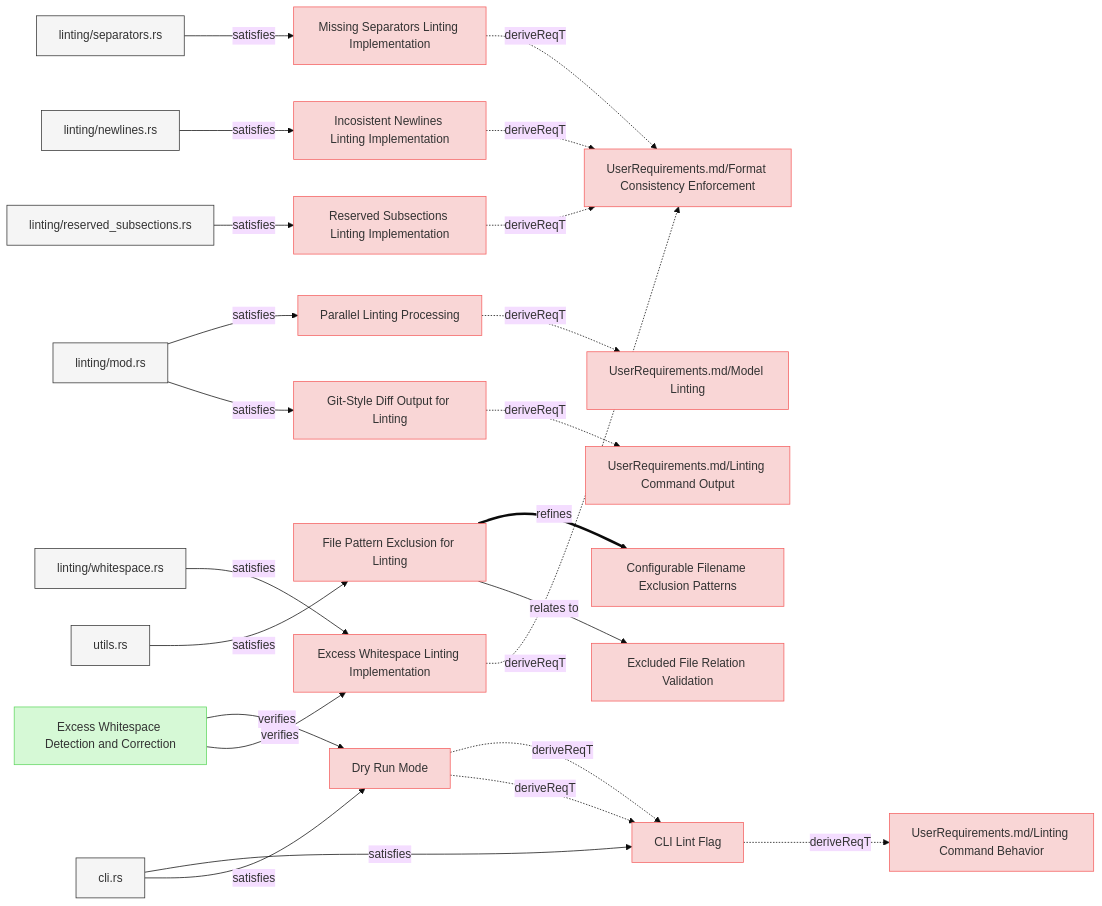
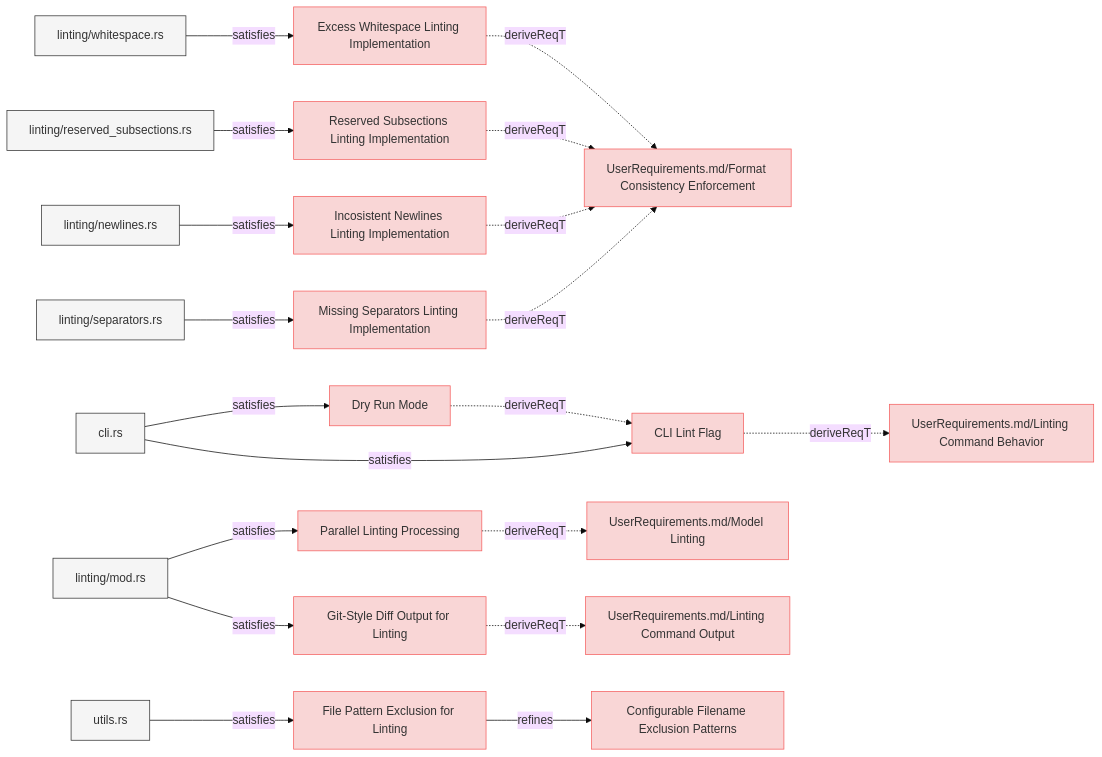
Before and after one commit to reqvire-org/reqvire: the first of 8 diagrams in specifications/SystemRequirements/Requirements.md, drawn with Mermaid (base theme). The commit also changed other lines of this file and 65 other files, not shown here.

Commit message:
Diagram generation bug fix: there were opposite relations included.

````diff
--- a/specifications/SystemRequirements/Requirements.md
+++ b/specifications/SystemRequirements/Requirements.md
@@ -9,95 +9,85 @@
   classDef externalLink fill:#d0e0ff,stroke:#3080ff,stroke-width:1px;
   classDef default fill:#f5f5f5,stroke:#333333,stroke-width:1px;
 
-  66aa36deca["Parallel Linting Processing"];
-  click 66aa36deca "Requirements.md#parallel-linting-processing";
-  class 66aa36deca requirement;
-  103ddb8dc3["UserRequirements.md/Model Linting"];
-  class 103ddb8dc3 requirement;
-  click 103ddb8dc3 "../UserRequirements.md#model-linting";
-  66aa36deca -.->|deriveReqT| 103ddb8dc3;
-  8b47697e4e["linting/mod.rs"];
-  class 8b47697e4e default;
-  click 8b47697e4e "../../core/src/linting/mod.rs";
-  8b47697e4e -->|satisfies| 66aa36deca;
-  dd0846393d["Missing Separators Linting Implementation"];
-  click dd0846393d "Requirements.md#missing-separators-linting-implementation";
-  class dd0846393d requirement;
-  81758bdb22["UserRequirements.md/Format Consistency Enforcement"];
-  class 81758bdb22 requirement;
-  click 81758bdb22 "../UserRequirements.md#format-consistency-enforcement";
-  dd0846393d -.->|deriveReqT| 81758bdb22;
-  9abe404e42["linting/separators.rs"];
-  class 9abe404e42 default;
-  click 9abe404e42 "../../core/src/linting/separators.rs";
-  9abe404e42 -->|satisfies| dd0846393d;
-  f98ae394db["Incosistent Newlines Linting Implementation"];
-  click f98ae394db "Requirements.md#incosistent-newlines-linting-implementation";
-  class f98ae394db requirement;
-  f98ae394db -.->|deriveReqT| 81758bdb22;
-  b52472a7cc["linting/newlines.rs"];
-  class b52472a7cc default;
-  click b52472a7cc "../../core/src/linting/newlines.rs";
-  b52472a7cc -->|satisfies| f98ae394db;
-  45770e9b31["File Pattern Exclusion for Linting"];
-  click 45770e9b31 "Requirements.md#file-pattern-exclusion-for-linting";
-  class 45770e9b31 requirement;
-  cc8128cae3["Configurable Filename Exclusion Patterns"];
-  class cc8128cae3 requirement;
-  click cc8128cae3 "Requirements.md#configurable-filename-exclusion-patterns";
-  45770e9b31 ==>|refines| cc8128cae3;
-  3189923c3f["utils.rs"];
-  class 3189923c3f default;
-  click 3189923c3f "../../core/src/utils.rs";
-  3189923c3f -->|satisfies| 45770e9b31;
-  c5c85bedd1["Excluded File Relation Validation"];
-  class c5c85bedd1 requirement;
-  click c5c85bedd1 "Requirements.md#excluded-file-relation-validation";
-  45770e9b31 -->|relates to| c5c85bedd1;
-  63f1cd4974["Git-Style Diff Output for Linting"];
-  click 63f1cd4974 "Requirements.md#git-style-diff-output-for-linting";
-  class 63f1cd4974 requirement;
-  808b1863c8["UserRequirements.md/Linting Command Output"];
-  class 808b1863c8 requirement;
-  click 808b1863c8 "../UserRequirements.md#linting-command-output";
-  63f1cd4974 -.->|deriveReqT| 808b1863c8;
-  8b47697e4e -->|satisfies| 63f1cd4974;
-  fffbb22796["CLI Lint Flag"];
-  click fffbb22796 "Requirements.md#cli-lint-flag";
-  class fffbb22796 requirement;
-  887a7d36ca["UserRequirements.md/Linting Command Behavior"];
-  class 887a7d36ca requirement;
-  click 887a7d36ca "../UserRequirements.md#linting-command";
-  fffbb22796 -.->|deriveReqT| 887a7d36ca;
-  11ffc4632a["cli.rs"];
-  class 11ffc4632a default;
-  click 11ffc4632a "../../cli/src/cli.rs";
-  11ffc4632a -->|satisfies| fffbb22796;
-  8f2198f681["Dry Run Mode"];
-  class 8f2198f681 requirement;
-  click 8f2198f681 "Requirements.md#dry-run-mode";
-  8f2198f681 -.->|deriveReqT| fffbb22796;
-  193cd64638["Reserved Subsections Linting Implementation"];
-  click 193cd64638 "Requirements.md#reserved-subsections-linting-implementation";
-  class 193cd64638 requirement;
-  193cd64638 -.->|deriveReqT| 81758bdb22;
-  3aaafb0eaf["linting/reserved_subsections.rs"];
-  class 3aaafb0eaf default;
-  click 3aaafb0eaf "../../core/src/linting/indentation.rs";
-  3aaafb0eaf -->|satisfies| 193cd64638;
-  8f2198f681 -.->|deriveReqT| fffbb22796;
-  11ffc4632a -->|satisfies| 8f2198f681;
-  4cd0fe733f["Excess Whitespace Detection and Correction"];
-  class 4cd0fe733f verification;
-  click 4cd0fe733f "../Verifications/LintingTests.md#excess-whitespace-detection-and-correction";
-  4cd0fe733f -->|verifies| 8f2198f681;
-  3f3d3f9ccb["Excess Whitespace Linting Implementation"];
-  click 3f3d3f9ccb "Requirements.md#excess-whitespace-linting-implementation";
-  class 3f3d3f9ccb requirement;
-  3f3d3f9ccb -.->|deriveReqT| 81758bdb22;
-  bb06efd0b8["linting/whitespace.rs"];
-  class bb06efd0b8 default;
-  click bb06efd0b8 "../../core/src/linting/whitespace.rs";
-  bb06efd0b8 -->|satisfies| 3f3d3f9ccb;
-  4cd0fe733f -->|verifies| 3f3d3f9ccb;
+  3f3d3f9ccb15029a["Excess Whitespace Linting Implementation"];
+  click 3f3d3f9ccb15029a "Requirements.md#excess-whitespace-linting-implementation";
+  class 3f3d3f9ccb15029a requirement;
+  81758bdb22a3329d["UserRequirements.md/Format Consistency Enforcement"];
+  class 81758bdb22a3329d requirement;
+  click 81758bdb22a3329d "../UserRequirements.md#format-consistency-enforcement";
+  3f3d3f9ccb15029a -.->|deriveReqT| 81758bdb22a3329d;
+  bb06efd0b85636ec["linting/whitespace.rs"];
+  class bb06efd0b85636ec default;
+  click bb06efd0b85636ec "../../core/src/linting/whitespace.rs";
+  bb06efd0b85636ec -->|satisfies| 3f3d3f9ccb15029a;
+  8f2198f681f63fea["Dry Run Mode"];
+  click 8f2198f681f63fea "Requirements.md#dry-run-mode";
+  class 8f2198f681f63fea requirement;
+  fffbb227966be4f2["CLI Lint Flag"];
+  class fffbb227966be4f2 requirement;
+  click fffbb227966be4f2 "Requirements.md#cli-lint-flag";
+  8f2198f681f63fea -.->|deriveReqT| fffbb227966be4f2;
+  11ffc4632afd7c4c["cli.rs"];
+  class 11ffc4632afd7c4c default;
+  click 11ffc4632afd7c4c "../../cli/src/cli.rs";
+  11ffc4632afd7c4c -->|satisfies| 8f2198f681f63fea;
+  66aa36deca421516["Parallel Linting Processing"];
+  click 66aa36deca421516 "Requirements.md#parallel-linting-processing";
+  class 66aa36deca421516 requirement;
+  103ddb8dc3242215["UserRequirements.md/Model Linting"];
+  class 103ddb8dc3242215 requirement;
+  click 103ddb8dc3242215 "../UserRequirements.md#model-linting";
+  66aa36deca421516 -.->|deriveReqT| 103ddb8dc3242215;
+  8b47697e4e9fce62["linting/mod.rs"];
+  class 8b47697e4e9fce62 default;
+  click 8b47697e4e9fce62 "../../core/src/linting/mod.rs";
+  8b47697e4e9fce62 -->|satisfies| 66aa36deca421516;
+  887a7d36caacab2b["UserRequirements.md/Linting Command Behavior"];
+  class 887a7d36caacab2b requirement;
+  click 887a7d36caacab2b "../UserRequirements.md#linting-command";
+  fffbb227966be4f2 -.->|deriveReqT| 887a7d36caacab2b;
+  11ffc4632afd7c4c -->|satisfies| fffbb227966be4f2;
+  193cd6463891423e["Reserved Subsections Linting Implementation"];
+  click 193cd6463891423e "Requirements.md#reserved-subsections-linting-implementation";
+  class 193cd6463891423e requirement;
+  193cd6463891423e -.->|deriveReqT| 81758bdb22a3329d;
+  3aaafb0eaf60961c["linting/reserved_subsections.rs"];
+  class 3aaafb0eaf60961c default;
+  click 3aaafb0eaf60961c "../../core/src/linting/indentation.rs";
+  3aaafb0eaf60961c -->|satisfies| 193cd6463891423e;
+  45770e9b319d3819["File Pattern Exclusion for Linting"];
+  click 45770e9b319d3819 "Requirements.md#file-pattern-exclusion-for-linting";
+  class 45770e9b319d3819 requirement;
+  cc8128cae305b29d["Configurable Filename Exclusion Patterns"];
+  class cc8128cae305b29d requirement;
+  click cc8128cae305b29d "Requirements.md#configurable-filename-exclusion-patterns";
+  45770e9b319d3819 -->|refines| cc8128cae305b29d;
+  3189923c3f5e2124["utils.rs"];
+  class 3189923c3f5e2124 default;
+  click 3189923c3f5e2124 "../../core/src/utils.rs";
+  3189923c3f5e2124 -->|satisfies| 45770e9b319d3819;
+  f98ae394dbbde42c["Incosistent Newlines Linting Implementation"];
+  click f98ae394dbbde42c "Requirements.md#incosistent-newlines-linting-implementation";
+  class f98ae394dbbde42c requirement;
+  f98ae394dbbde42c -.->|deriveReqT| 81758bdb22a3329d;
+  b52472a7ccc9c395["linting/newlines.rs"];
+  class b52472a7ccc9c395 default;
+  click b52472a7ccc9c395 "../../core/src/linting/newlines.rs";
+  b52472a7ccc9c395 -->|satisfies| f98ae394dbbde42c;
+  63f1cd4974cbf62["Git-Style Diff Output for Linting"];
+  click 63f1cd4974cbf62 "Requirements.md#git-style-diff-output-for-linting";
+  class 63f1cd4974cbf62 requirement;
+  808b1863c88b26c4["UserRequirements.md/Linting Command Output"];
+  class 808b1863c88b26c4 requirement;
+  click 808b1863c88b26c4 "../UserRequirements.md#linting-command-output";
+  63f1cd4974cbf62 -.->|deriveReqT| 808b1863c88b26c4;
+  8b47697e4e9fce62 -->|satisfies| 63f1cd4974cbf62;
+  dd0846393d037337["Missing Separators Linting Implementation"];
+  click dd0846393d037337 "Requirements.md#missing-separators-linting-implementation";
+  class dd0846393d037337 requirement;
+  dd0846393d037337 -.->|deriveReqT| 81758bdb22a3329d;
+  9abe404e42ed3086["linting/separators.rs"];
+  class 9abe404e42ed3086 default;
+  click 9abe404e42ed3086 "../../core/src/linting/separators.rs";
+  9abe404e42ed3086 -->|satisfies| dd0846393d037337;
 ```
````
